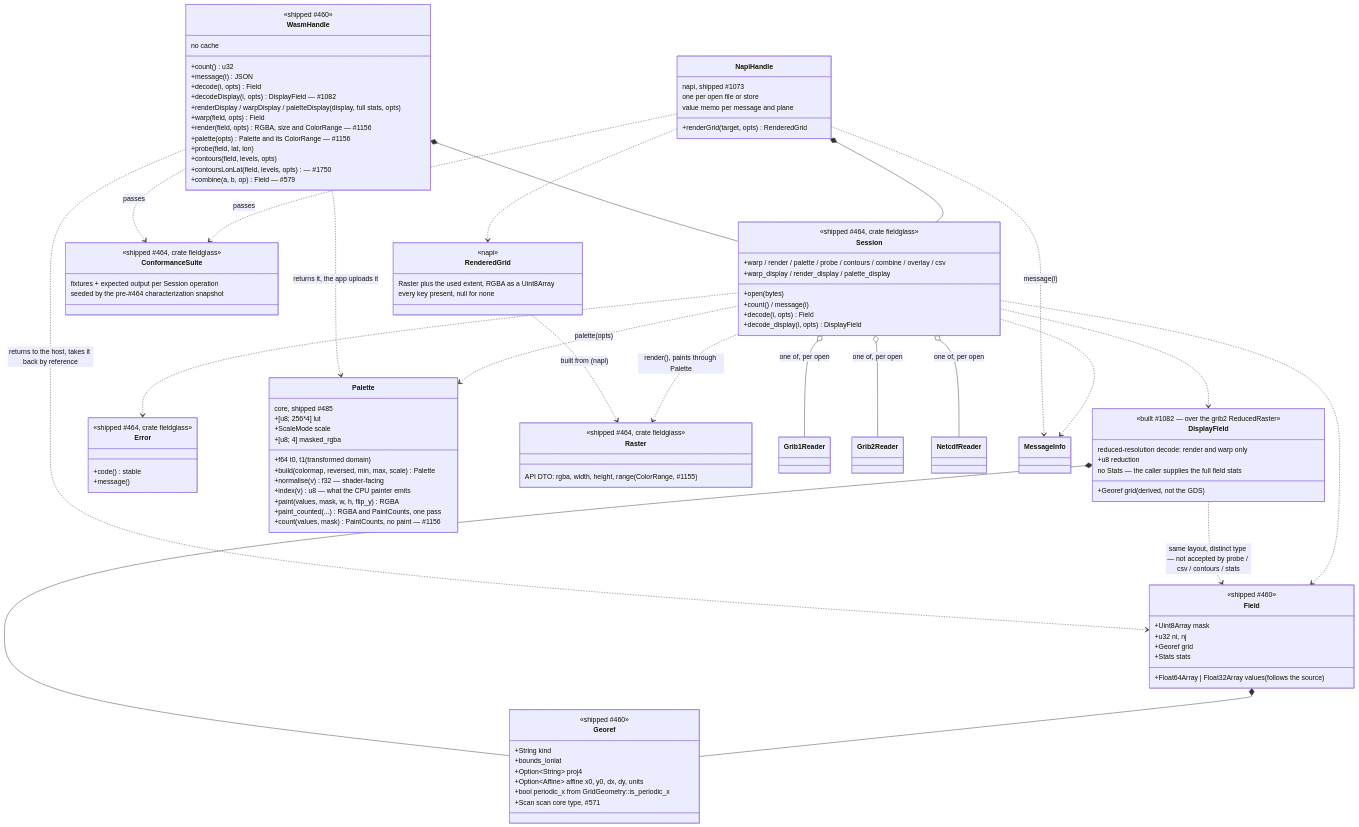
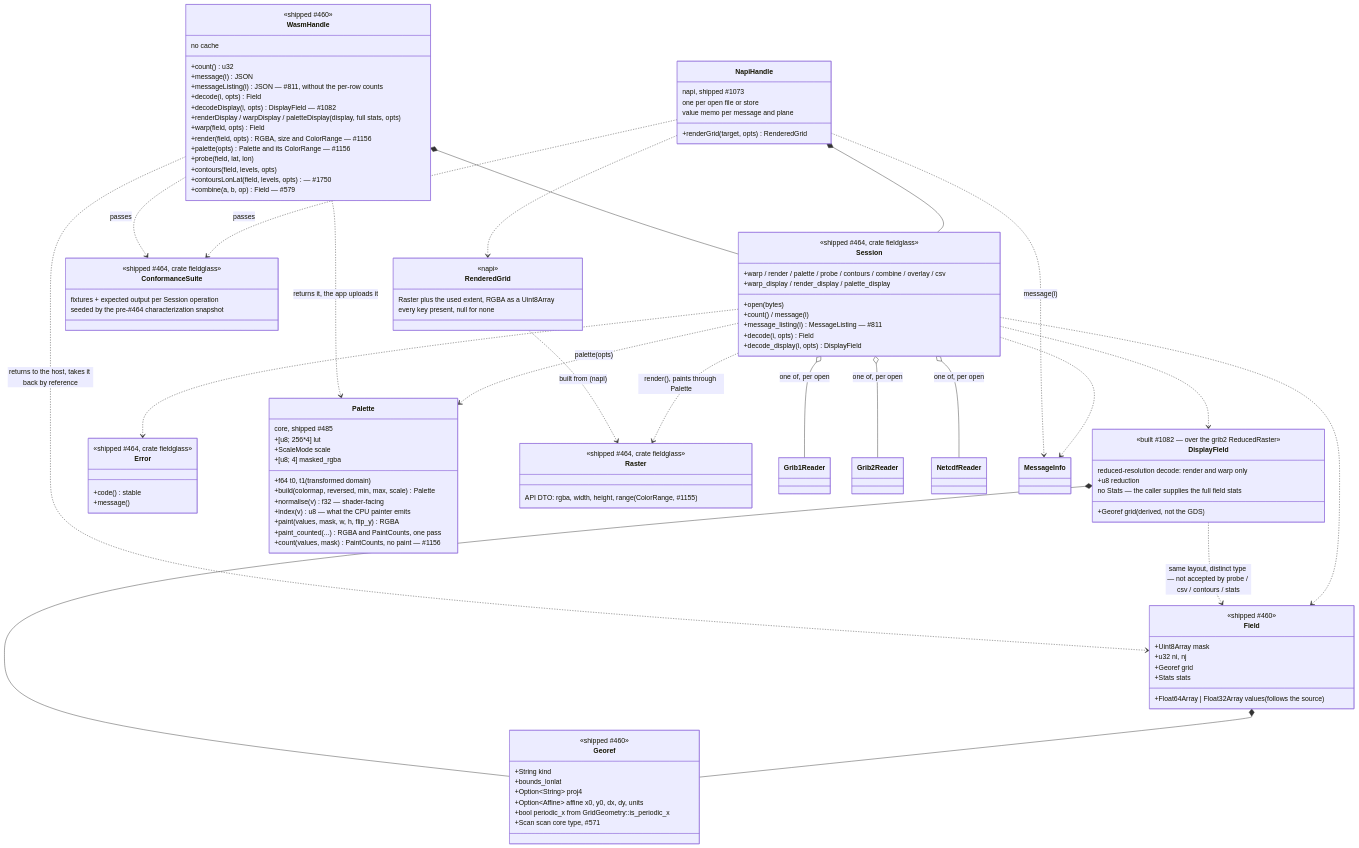
Before and after one commit to D0ubleD0uble/fieldglass: the fourth of 4 diagrams in docs/architecture/planned/03-composition.md, drawn with Mermaid. The commit also changed other lines of this file and 26 other files, not shown here.

First line of the commit message:
perf(napi, wasm, extension): list messages without per-row counts (#811)

```diff
--- a/docs/architecture/planned/03-composition.md
+++ b/docs/architecture/planned/03-composition.md
@@ -259,6 +262,7 @@
         no cache
         +count() u32
         +message(i) JSON
+        +messageListing(i) JSON — #811, without the per-row counts
         +decode(i, opts) Field
         +decodeDisplay(i, opts) DisplayField — #1082
         +renderDisplay / warpDisplay / paletteDisplay(display, full stats, opts)
@@ -303,6 +307,7 @@
         <<shipped #464, crate fieldglass>>
         +open(bytes)
         +count() / message(i)
+        +message_listing(i) MessageListing — #811
         +decode(i, opts) Field
         +decode_display(i, opts) DisplayField
         +warp / render / palette / probe / contours / combine / overlay / csv
```
